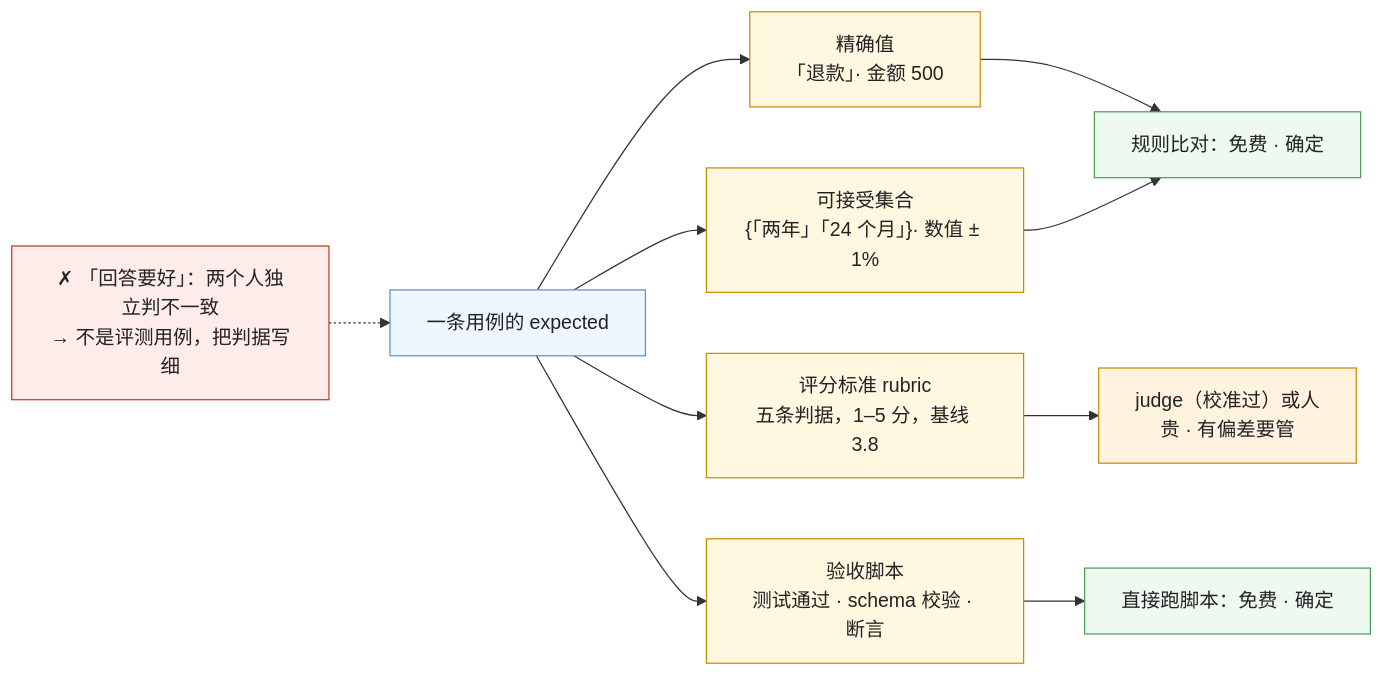
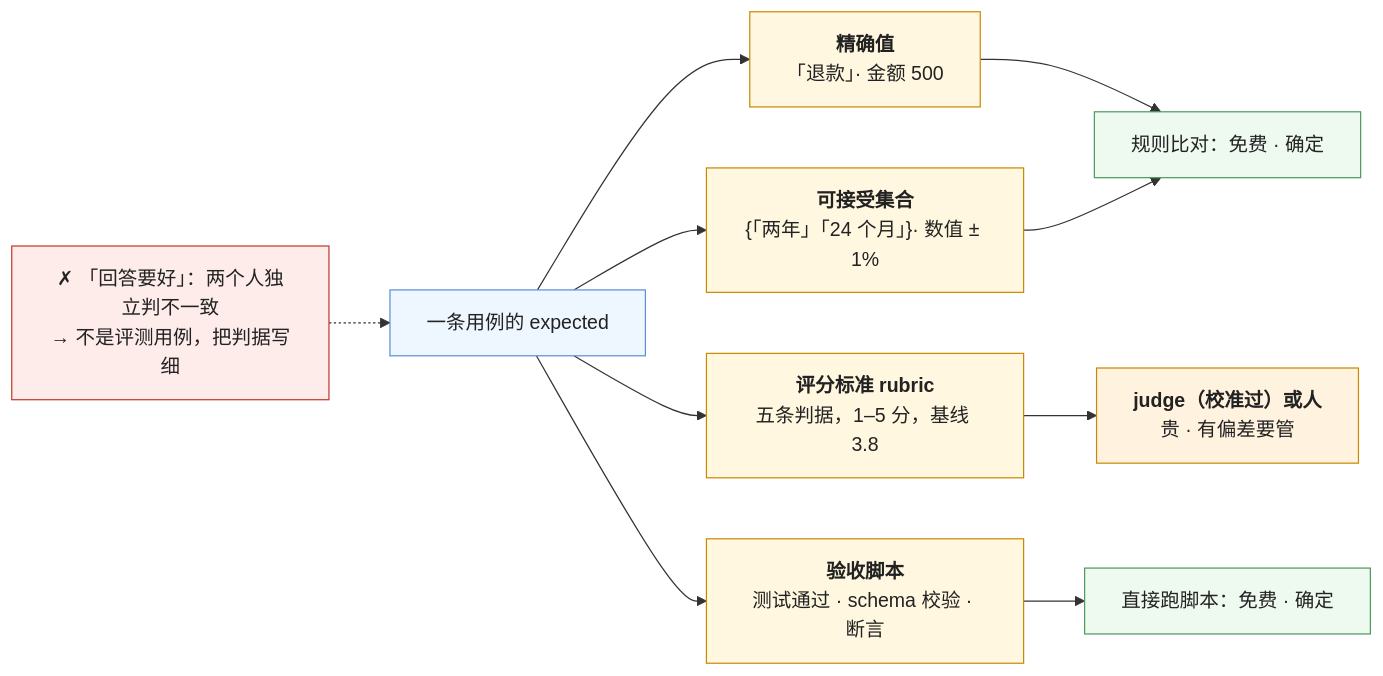
The third of 6 diagrams in _posts/2026-10-31-eval-sets-the-unit-tests-of-ai-applications.md (arganzheng/arganzheng.github.com), drawn with Mermaid before and after one commit. The commit also changed other lines of this file and 7 other files, not shown here.

First line of the commit message:
评测、可观测与可追溯：怎么知道改了之后更好了：Mermaid 多行方框的首行标为标题（8 篇）

````diff
--- a/_posts/2026-10-31-eval-sets-the-unit-tests-of-ai-applications.md
+++ b/_posts/2026-10-31-eval-sets-the-unit-tests-of-ai-applications.md
@@ -116,23 +116,23 @@
 ```mermaid
 %% 图：期望的四种形态与它对应的评分方式——精确值用规则比对（分类标签、抽取字段）；可接受集合用规则（同义答案列表、数值容差）；评分标准 rubric 由校准过的 judge 或人按判据打分；验收脚本直接跑（测试通过、schema 校验、断言）；从上到下自动化程度递减、成本递增，能用上面的不用下面的
 flowchart LR
-    Q["一条用例的 expected"] --> E1["精确值<br/>「退款」· 金额 500"]
-    Q --> E2["可接受集合<br/>{「两年」「24 个月」}· 数值 ± 1%"]
-    Q --> E3["评分标准 rubric<br/>五条判据，1–5 分，基线 3.8"]
-    Q --> E4["验收脚本<br/>测试通过 · schema 校验 · 断言"]
+    Q["一条用例的 expected"] --> E1["<b>精确值</b><br/>「退款」· 金额 500"]
+    Q --> E2["<b>可接受集合</b><br/>{「两年」「24 个月」}· 数值 ± 1%"]
+    Q --> E3["<b>评分标准 rubric</b><br/>五条判据，1–5 分，基线 3.8"]
+    Q --> E4["<b>验收脚本</b><br/>测试通过 · schema 校验 · 断言"]
     E1 --> S1["规则比对：免费 · 确定"]
     E2 --> S1
-    E3 --> S3["judge（校准过）或人<br/>贵 · 有偏差要管"]
+    E3 --> S3["<b>judge（校准过）或人</b><br/>贵 · 有偏差要管"]
     E4 --> S4["直接跑脚本：免费 · 确定"]
     X["✗ 「回答要好」：两个人独立判不一致<br/>→ 不是评测用例，把判据写细"] -.-> Q
     classDef q fill:#eef6ff,stroke:#5b8fd6,color:#222
     classDef e fill:#fff7e0,stroke:#c98a00,color:#222
     classDef ok fill:#eefaf0,stroke:#4d9a5c,color:#222
     classDef exp fill:#fff3e0,stroke:#c98a00,color:#222
     classDef bad fill:#fdecea,stroke:#c0392b,color:#222
     class Q q
     class E1,E2,E3,E4 e
     class S1,S4 ok
     class S3 exp
     class X bad
 ```
````
